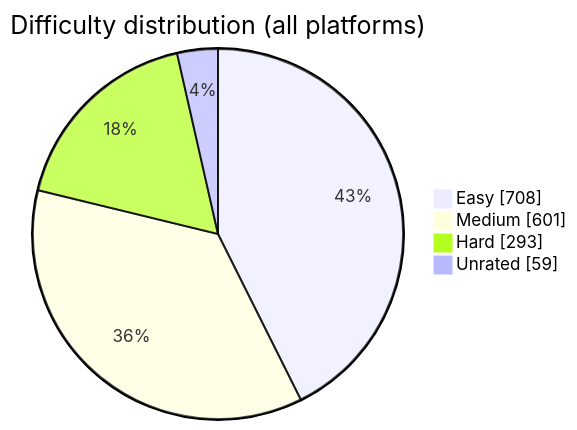
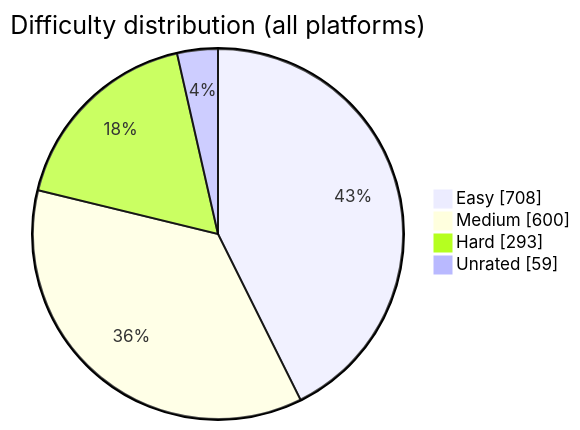
The diagram in README.md (BuildbyArindam/Daily-Coding-Log), drawn with Mermaid before and after one commit. The commit also changed other lines of this file, not shown here.

````diff
--- a/README.md
+++ b/README.md
@@ -93,7 +93,7 @@
 ```mermaid
 pie showData title Difficulty distribution (all platforms)
     "Easy" : 708
-    "Medium" : 601
+    "Medium" : 600
     "Hard" : 293
     "Unrated" : 59
 ```
````
